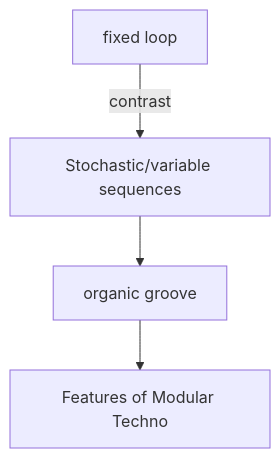
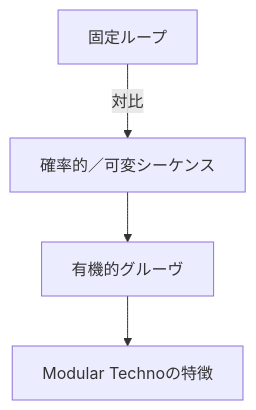
One commit to monumental-movement/monumental-movement.github.io changed the seventh of 12 diagrams in en/_posts/2025-11-30-column-modular-techno.md. Above: the diagram before and after it, drawn with Mermaid. The commit also changed other lines of this file and 2196 other files, not shown here.

```diff
--- a/en/_posts/2025-11-30-column-modular-techno.md
+++ b/en/_posts/2025-11-30-column-modular-techno.md
@@ -232,6 +232,6 @@
 <div class="mermaid">
 flowchart TD
-    A[fixed loop] -->|contrast| B[Stochastic/variable sequences]
-    B --> C[organic groove]
-    C --> D[Features of Modular Techno]
+    A[固定ループ] -->|対比| B[確率的／可変シーケンス]
+    B --> C[有機的グルーヴ]
+    C --> D[Modular Technoの特徴]
 </div>
```
